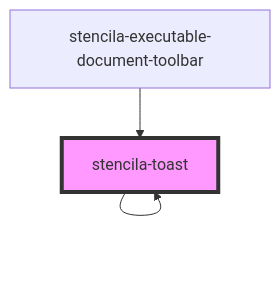
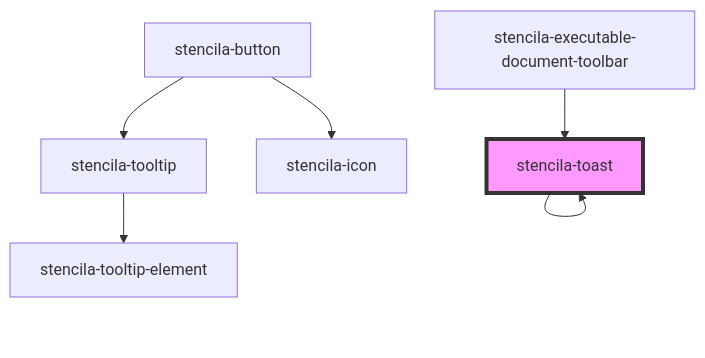
The diagram in packages/components/src/components/toast/readme.md (stencila/designa), drawn with Mermaid before and after one commit. The commit also changed other lines of this file and 8 other files, not shown here.

````diff
--- a/packages/components/src/components/toast/readme.md
+++ b/packages/components/src/components/toast/readme.md
@@ -38,6 +41,9 @@
 ```mermaid
 graph TD;
   stencila-toast --> stencila-toast
+  stencila-button --> stencila-icon
+  stencila-button --> stencila-tooltip
+  stencila-tooltip --> stencila-tooltip-element
   stencila-executable-document-toolbar --> stencila-toast
   style stencila-toast fill:#f9f,stroke:#333,stroke-width:4px
 ```
````
